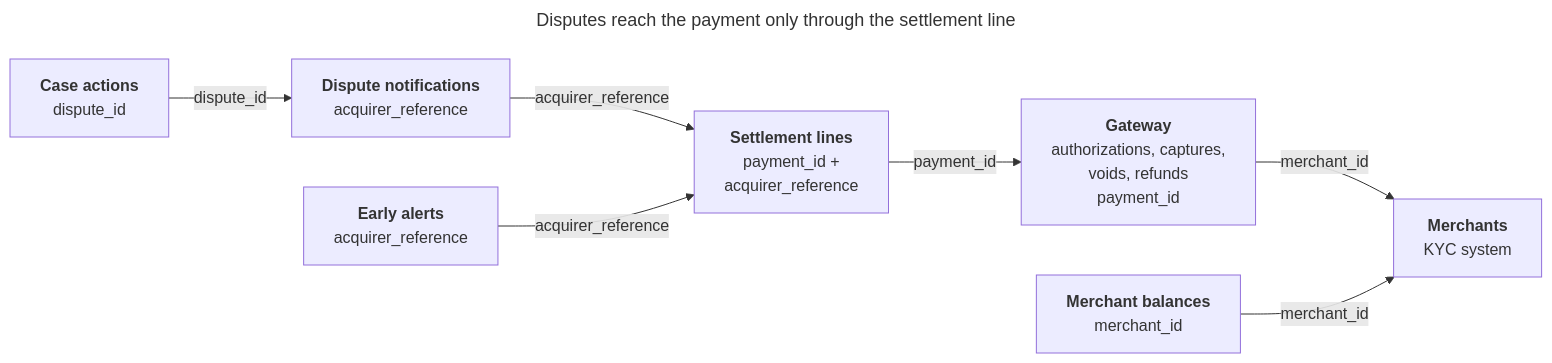
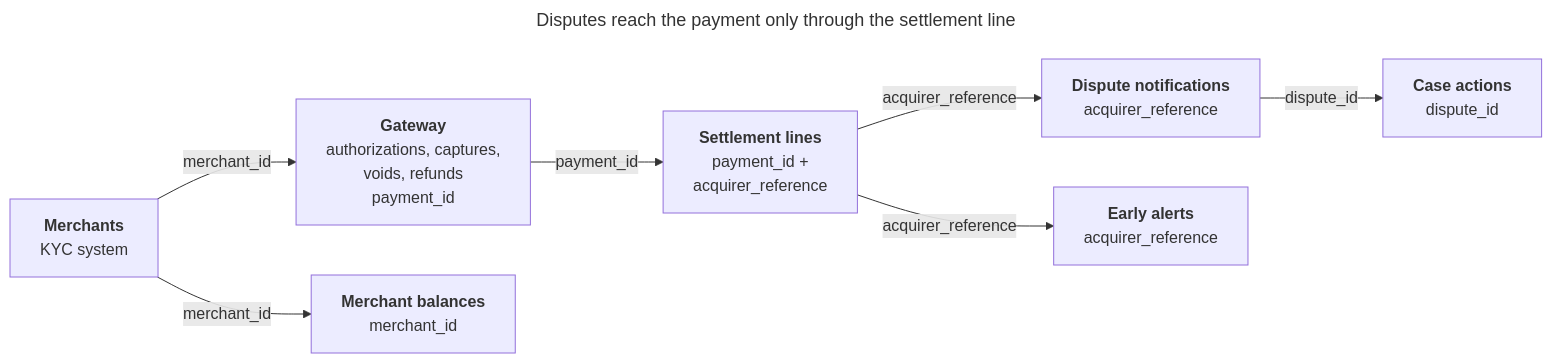
Before and after one commit to adrielidaltoe/payment-data-analytics-engineering-project: the diagram in docs/source_data_spec.md, drawn with Mermaid. The commit also changed other lines of this file, not shown here.

Commit message:
Order the source diagram by events and explain what case actions are

````diff
--- a/docs/source_data_spec.md
+++ b/docs/source_data_spec.md
@@ -39,20 +39,20 @@
 ```mermaid
 ---
 title: Disputes reach the payment only through the settlement line
 ---
 flowchart LR
     merchants["<b>Merchants</b><br/>KYC system"]
     gateway["<b>Gateway</b><br/>authorizations, captures,<br/>voids, refunds<br/>payment_id"]
     settlement["<b>Settlement lines</b><br/>payment_id +<br/>acquirer_reference"]
     disputes["<b>Dispute notifications</b><br/>acquirer_reference"]
     alerts["<b>Early alerts</b><br/>acquirer_reference"]
     cases["<b>Case actions</b><br/>dispute_id"]
     balances["<b>Merchant balances</b><br/>merchant_id"]
 
-    gateway -- merchant_id --> merchants
-    settlement -- payment_id --> gateway
-    disputes -- acquirer_reference --> settlement
-    alerts -- acquirer_reference --> settlement
-    cases -- dispute_id --> disputes
-    balances -- merchant_id --> merchants
+    merchants -- merchant_id --> gateway
+    gateway -- payment_id --> settlement
+    settlement -- acquirer_reference --> disputes
+    settlement -- acquirer_reference --> alerts
+    disputes -- dispute_id --> cases
+    merchants -- merchant_id --> balances
 ```
````
